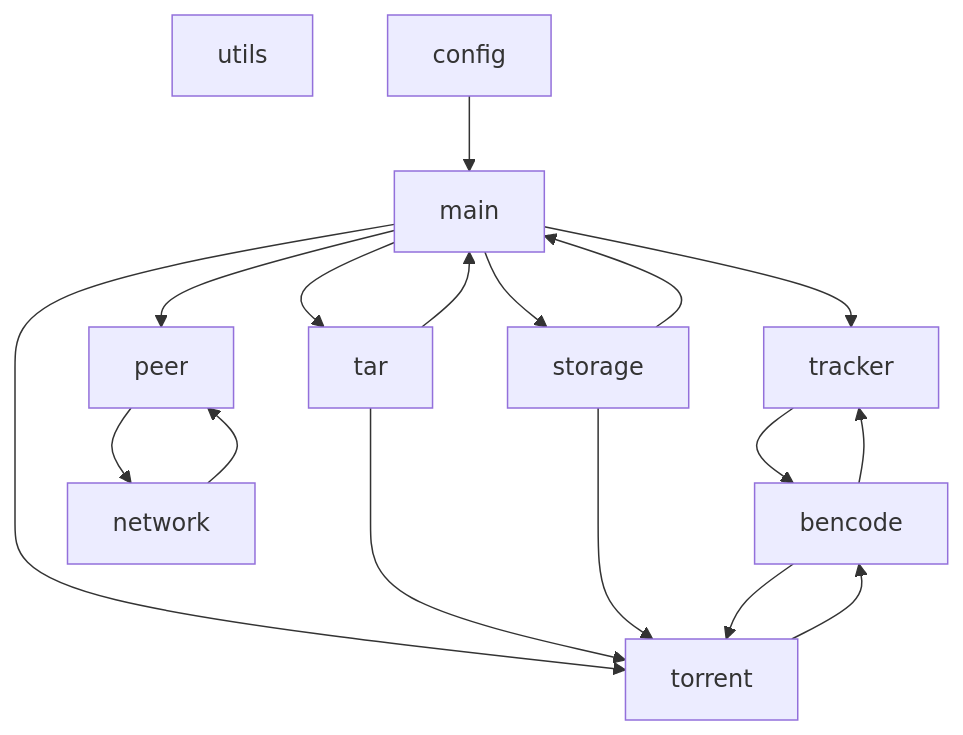
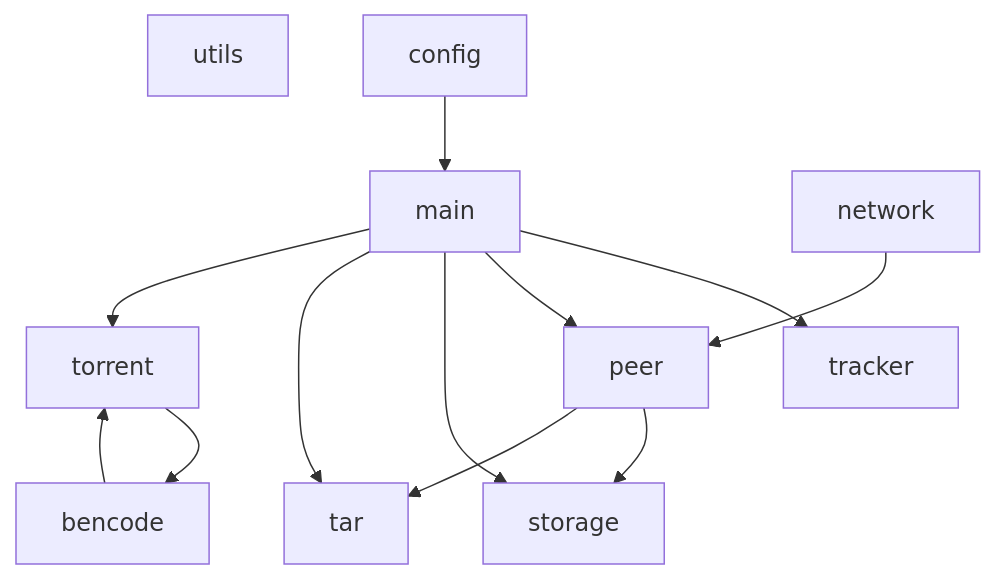
One commit to molnija3d/C-2025-09-EVGENIY-Z changed the diagram in FINAL/README.MD. Above: the diagram before and after it, drawn with Mermaid.

Commit message:
working on markdown

````diff
--- a/FINAL/README.MD
+++ b/FINAL/README.MD
@@ -142,21 +142,16 @@
 ```mermaid
 graph TD
  
  utils
  config --> main
  main --> tracker
  main --> peer
  main --> storage
  main --> tar
  main --> torrent
- tracker --> bencode
- peer --> network
- tar --> main
- tar --> torrent
  torrent --> bencode
  network --> peer
- storage --> main
- storage --> torrent
+ peer --> storage
+ peer --> tar
  bencode --> torrent
- bencode --> tracker
 ```
````
